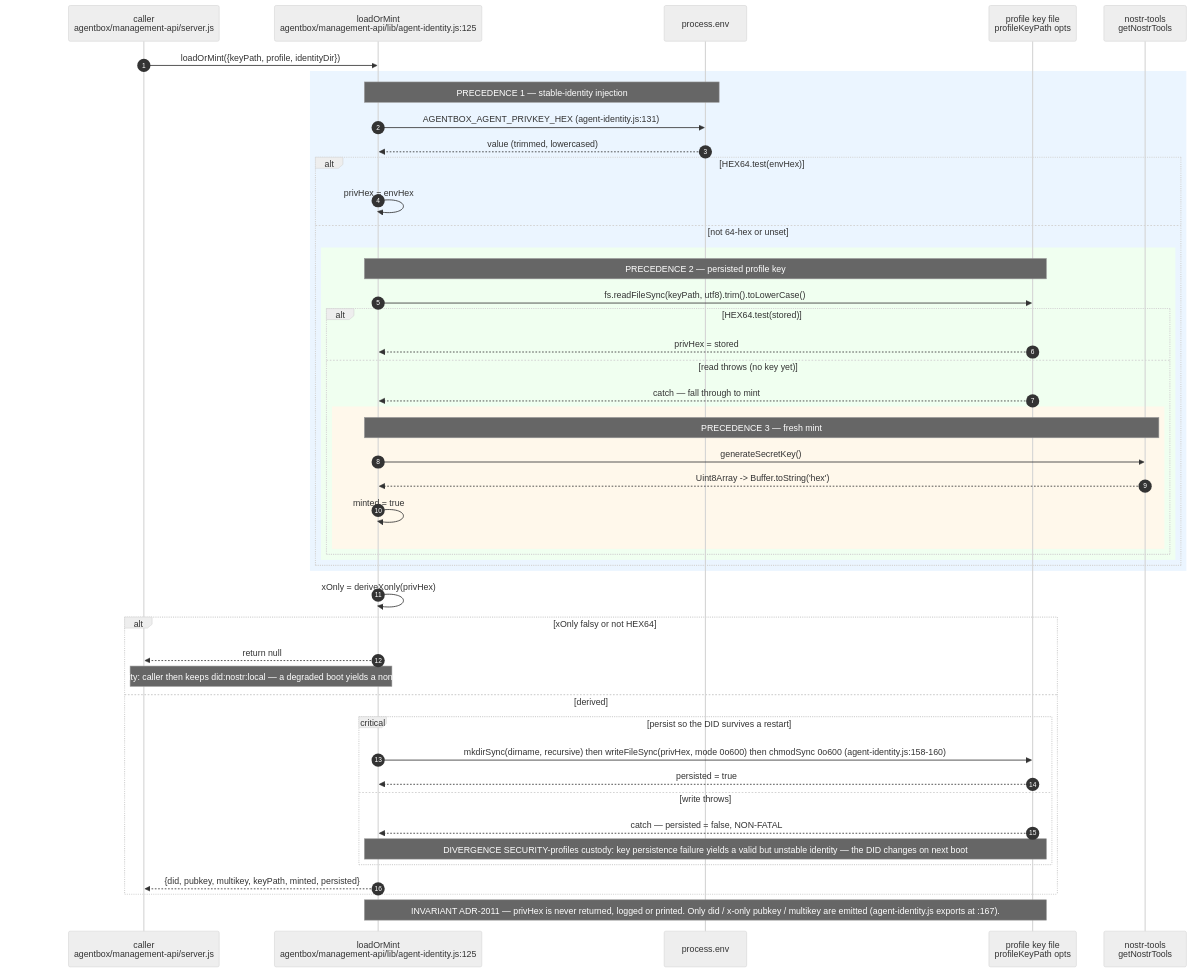
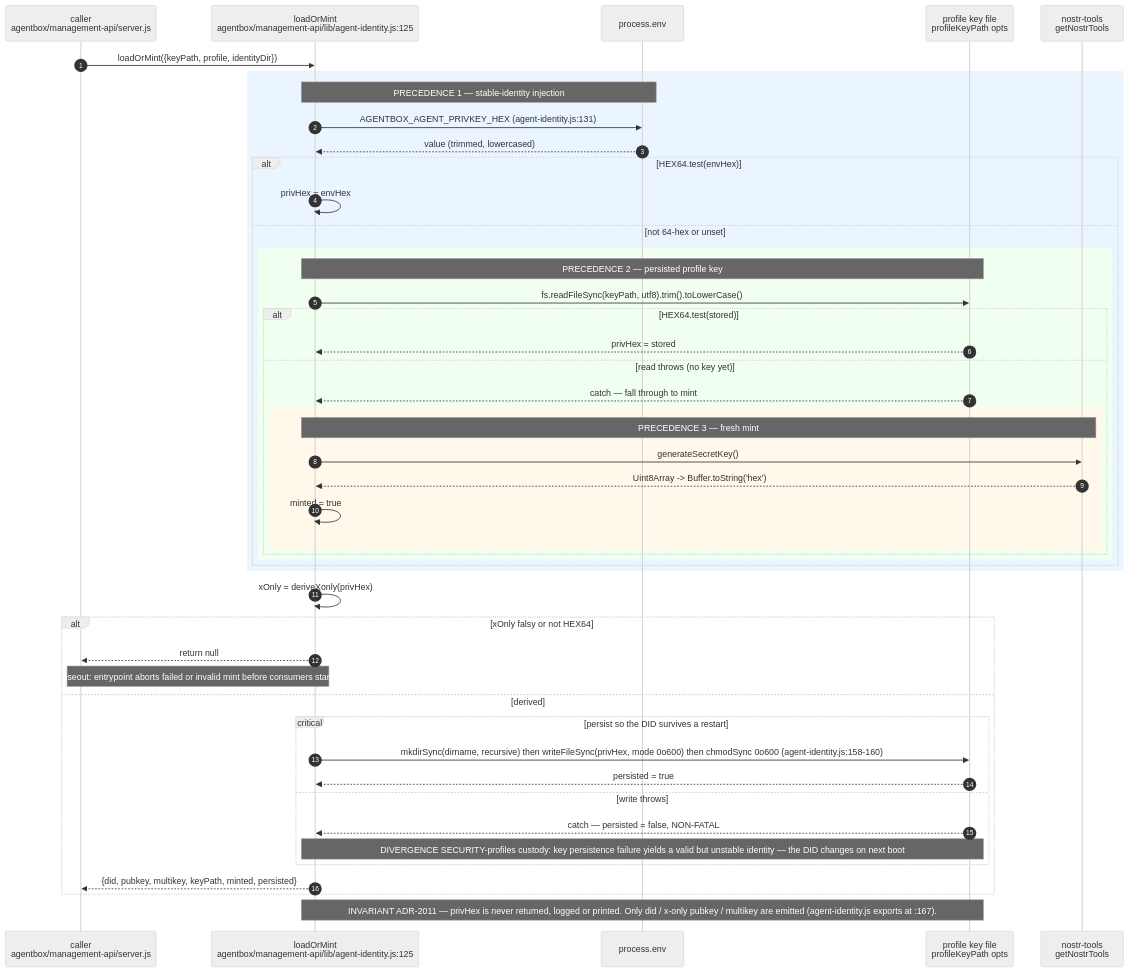
The second of 16 diagrams in docs/diagrams/agentbox/11-identity-did-mandate-authority.md (DreamLab-AI/VisionFlow), drawn with Mermaid (neutral theme) before and after one commit. The commit also changed other lines of this file and 7 other files, not shown here.

Commit message:
docs(diagrams): bind closeout security and retrieval flows to source

````diff
--- a/docs/diagrams/agentbox/11-identity-did-mandate-authority.md
+++ b/docs/diagrams/agentbox/11-identity-did-mandate-authority.md
@@ -94,50 +94,50 @@
 ```mermaid
 sequenceDiagram
     autonumber
     participant CALLER as caller<br/>agentbox/management-api/server.js
     participant AI as loadOrMint<br/>agentbox/management-api/lib/agent-identity.js:125
     participant ENV as process.env
     participant FS as profile key file<br/>profileKeyPath opts
     participant NT as nostr-tools<br/>getNostrTools
 
     CALLER->>AI: loadOrMint({keyPath, profile, identityDir})
     rect rgb(235,245,255)
     Note over AI,ENV: PRECEDENCE 1 — stable-identity injection
     AI->>ENV: AGENTBOX_AGENT_PRIVKEY_HEX (agent-identity.js:131)
     ENV-->>AI: value (trimmed, lowercased)
     alt HEX64.test(envHex)
         AI->>AI: privHex = envHex
     else not 64-hex or unset
         rect rgb(240,255,240)
         Note over AI,FS: PRECEDENCE 2 — persisted profile key
         AI->>FS: fs.readFileSync(keyPath, utf8).trim().toLowerCase()
         alt HEX64.test(stored)
             FS-->>AI: privHex = stored
         else read throws (no key yet)
             FS-->>AI: catch — fall through to mint
             rect rgb(255,248,235)
             Note over AI,NT: PRECEDENCE 3 — fresh mint
             AI->>NT: generateSecretKey()
             NT-->>AI: Uint8Array -> Buffer.toString('hex')
             AI->>AI: minted = true
             end
         end
         end
     end
     end
     AI->>AI: xOnly = deriveXonly(privHex)
     alt xOnly falsy or not HEX64
         AI-->>CALLER: return null
-        Note over AI,CALLER: DIVERGENCE INGRESS-identity: caller then keeps did:nostr:local — a degraded boot yields a non-sovereign identity. see AB-11.3
+        Note over AI,CALLER: G-6 source closeout: entrypoint aborts failed or invalid mint before consumers start. See AB-11.3
     else derived
         critical persist so the DID survives a restart
             AI->>FS: mkdirSync(dirname, recursive) then writeFileSync(privHex, mode 0o600) then chmodSync 0o600 (agent-identity.js:158-160)
             FS-->>AI: persisted = true
         option write throws
             FS-->>AI: catch — persisted = false, NON-FATAL
             Note over AI,FS: DIVERGENCE SECURITY-profiles custody: key persistence failure yields a valid but unstable identity — the DID changes on next boot
         end
         AI-->>CALLER: {did, pubkey, multikey, keyPath, minted, persisted}
     end
     Note over AI,FS: INVARIANT ADR-2011 — privHex is never returned, logged or printed. Only did / x-only pubkey / multikey are emitted (agent-identity.js exports at :167).
 ```
````
